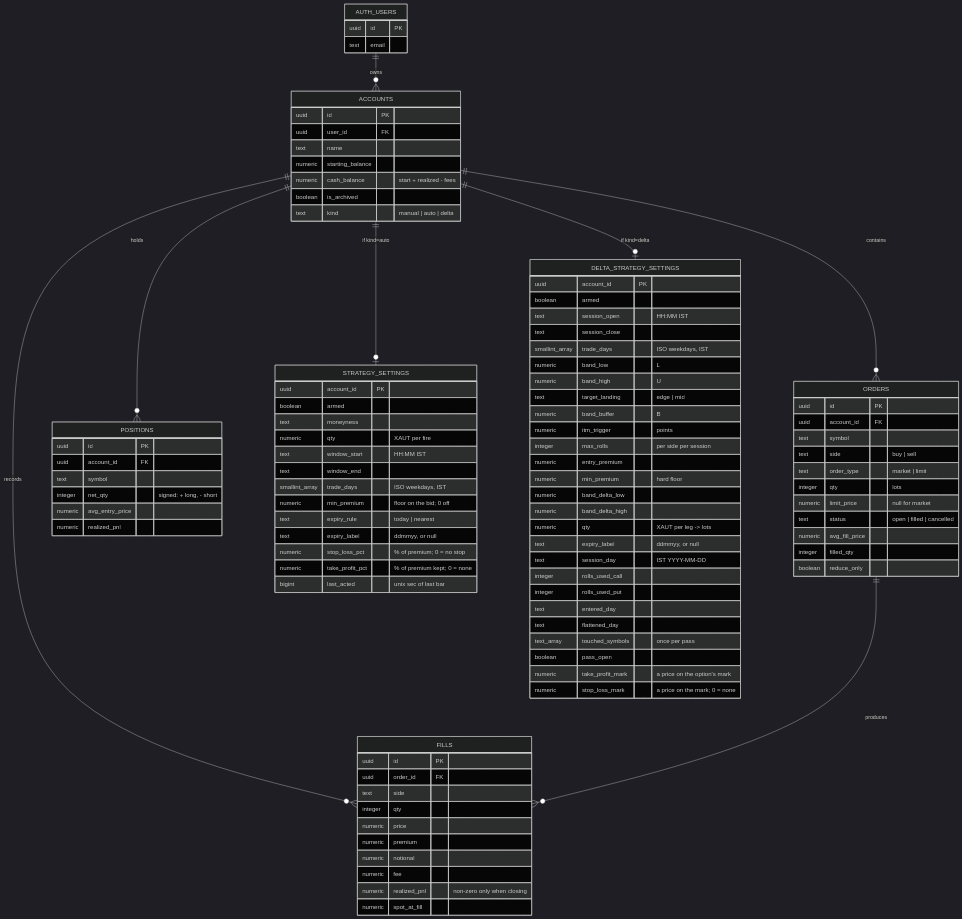
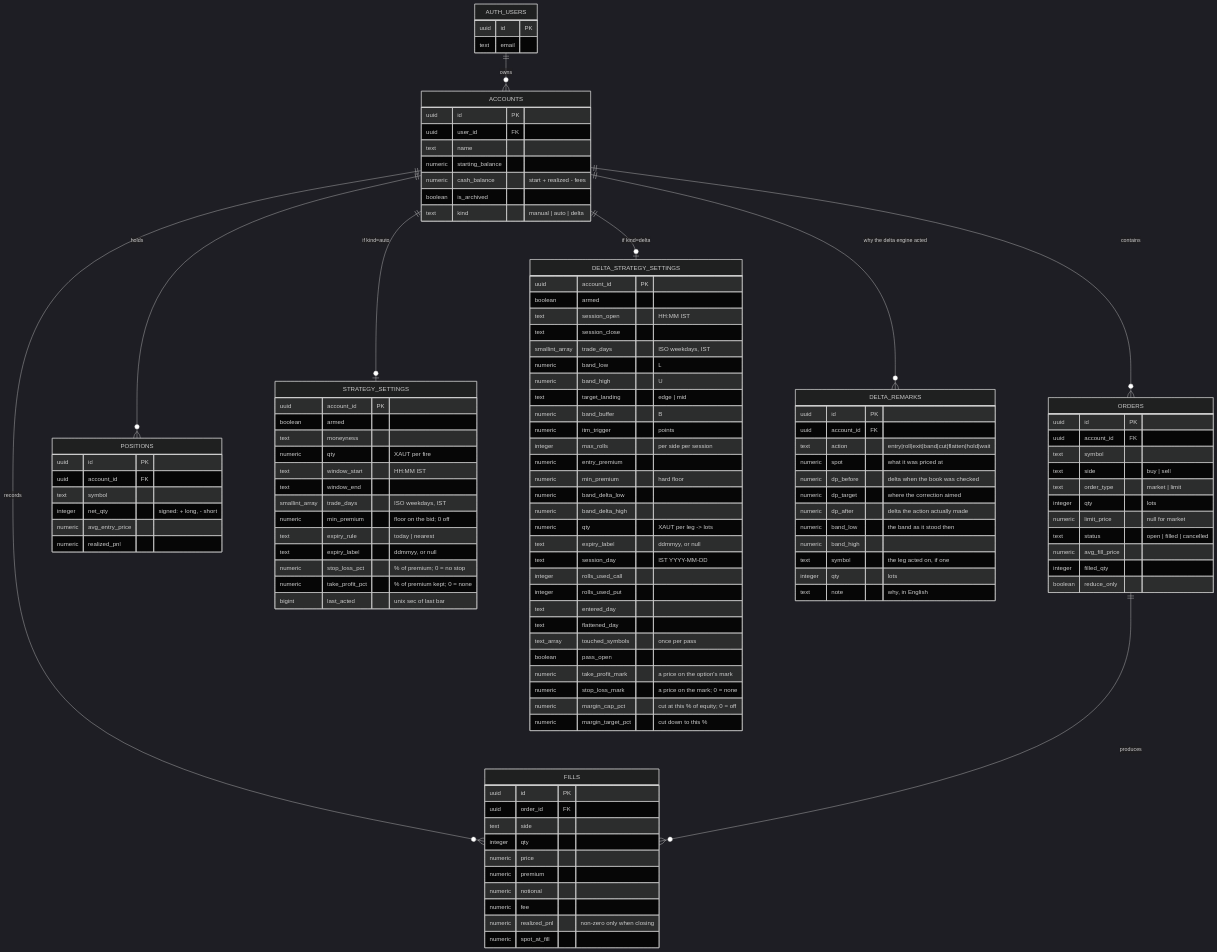
The first of 6 diagrams in docs/LLD.md (Vitti-Capital-Tech/XAUT-Options), drawn with Mermaid (dark theme) before and after one commit. The commit also changed other lines of this file and 6 other files, not shown here.

```diff
--- a/docs/LLD.md
+++ b/docs/LLD.md
@@ -50,6 +50,7 @@
     ORDERS ||--o{ FILLS : produces
     ACCOUNTS ||--o| STRATEGY_SETTINGS : "if kind=auto"
     ACCOUNTS ||--o| DELTA_STRATEGY_SETTINGS : "if kind=delta"
+    ACCOUNTS ||--o{ DELTA_REMARKS : "why the delta engine acted"
 
     AUTH_USERS {
         uuid id PK
@@ -106,6 +107,22 @@
         boolean pass_open
         numeric take_profit_mark "a price on the option's mark"
         numeric stop_loss_mark "a price on the mark; 0 = none"
+        numeric margin_cap_pct "cut at this % of equity; 0 = off"
+        numeric margin_target_pct "cut down to this %"
+    }
+    DELTA_REMARKS {
+        uuid id PK
+        uuid account_id FK
+        text action "entry|roll|exit|band|cut|flatten|hold|wait"
+        numeric spot "what it was priced at"
+        numeric dp_before "delta when the book was checked"
+        numeric dp_target "where the correction aimed"
+        numeric dp_after "delta the action actually made"
+        numeric band_low "the band as it stood then"
+        numeric band_high
+        text symbol "the leg acted on, if one"
+        integer qty "lots"
+        text note "why, in English"
     }
     ORDERS {
         uuid id PK
```
